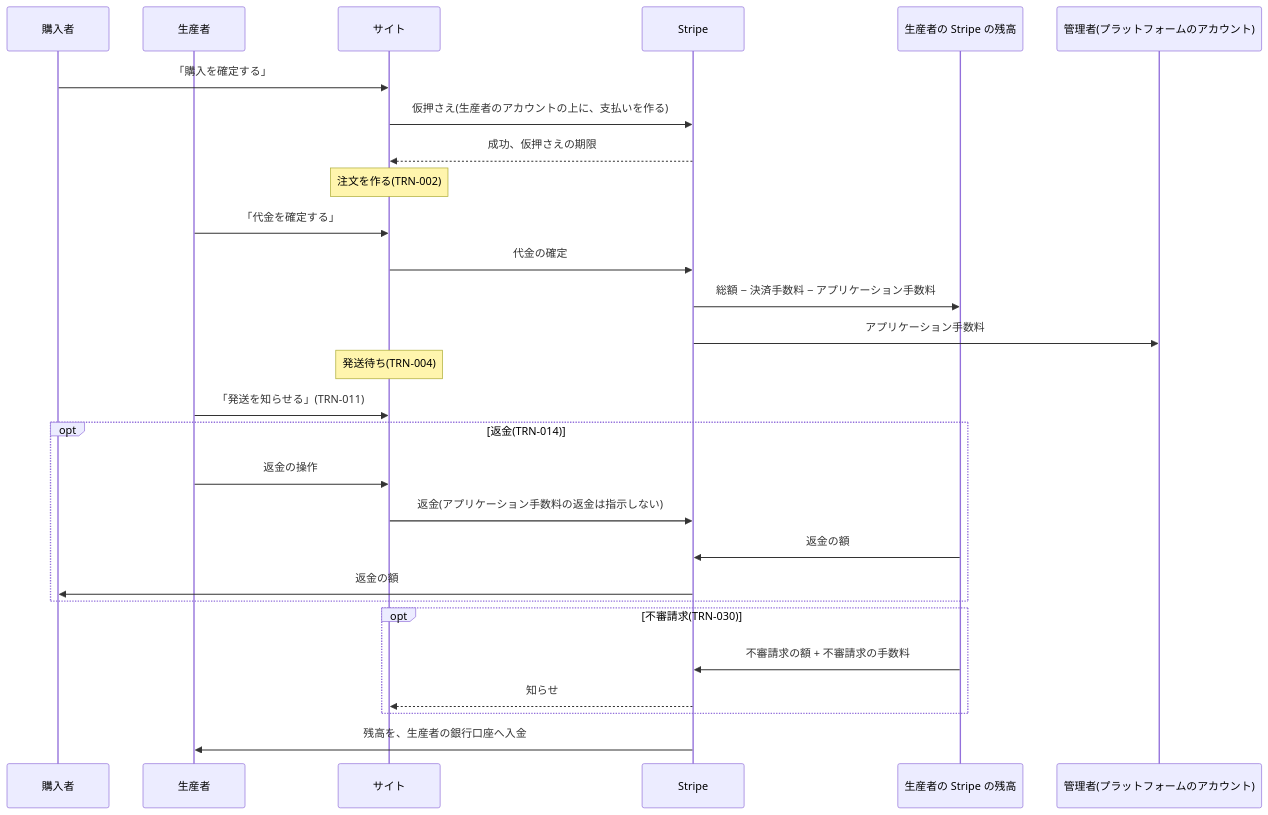
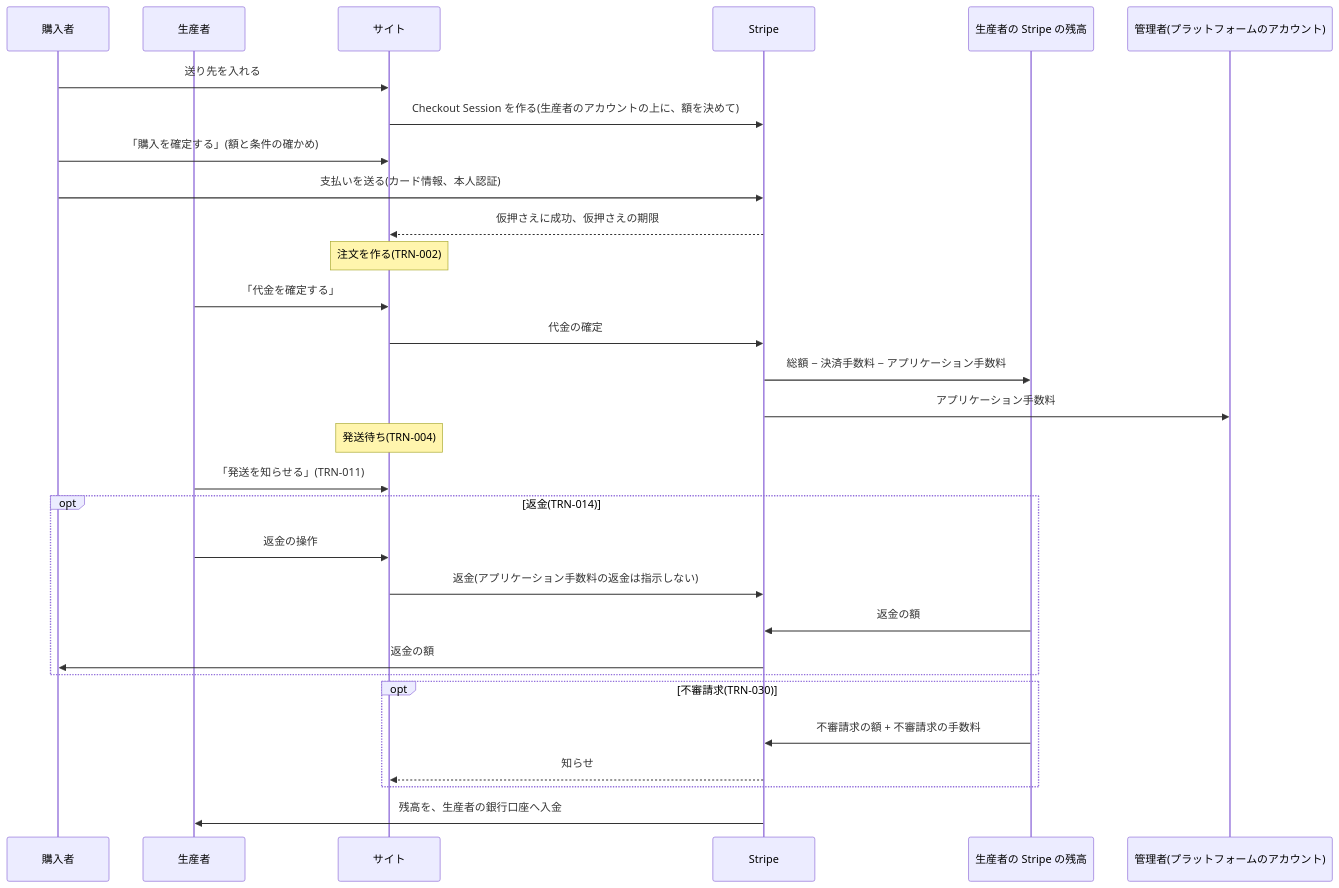
Before and after one commit to tenkunomori-emu/emu-farm-ec: the seventh of 11 diagrams in docs/02-basic-design.md, drawn with Mermaid. The commit also changed other lines of this file, not shown here.

Commit message:
docs: 購入手続きを Checkout Session で作る形に直す

````diff
--- a/docs/02-basic-design.md
+++ b/docs/02-basic-design.md
@@ -579,30 +582,32 @@
 ```mermaid
 sequenceDiagram
     participant B as 購入者
     participant P as 生産者
     participant S as サイト
     participant T as Stripe
     participant PB as 生産者の Stripe の残高
     participant A as 管理者(プラットフォームのアカウント)
-    B->>S: 「購入を確定する」
-    S->>T: 仮押さえ(生産者のアカウントの上に、支払いを作る)
-    T-->>S: 成功、仮押さえの期限
+    B->>S: 送り先を入れる
+    S->>T: Checkout Session を作る(生産者のアカウントの上に、額を決めて)
+    B->>S: 「購入を確定する」(額と条件の確かめ)
+    B->>T: 支払いを送る(カード情報、本人認証)
+    T-->>S: 仮押さえに成功、仮押さえの期限
     Note over S: 注文を作る(TRN-002)
     P->>S: 「代金を確定する」
     S->>T: 代金の確定
     T->>PB: 総額 − 決済手数料 − アプリケーション手数料
     T->>A: アプリケーション手数料
     Note over S: 発送待ち(TRN-004)
     P->>S: 「発送を知らせる」(TRN-011)
     opt 返金(TRN-014)
         P->>S: 返金の操作
         S->>T: 返金(アプリケーション手数料の返金は指示しない)
         PB->>T: 返金の額
         T->>B: 返金の額
     end
     opt 不審請求(TRN-030)
         PB->>T: 不審請求の額 + 不審請求の手数料
         T-->>S: 知らせ
     end
     T->>P: 残高を、生産者の銀行口座へ入金
 ```
````
